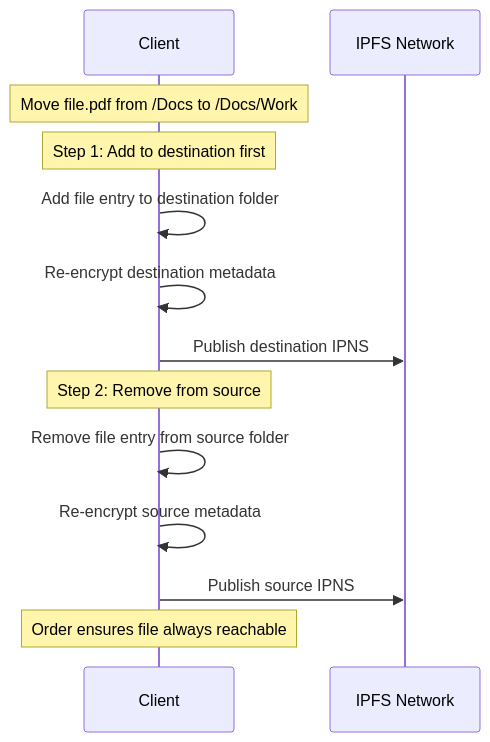
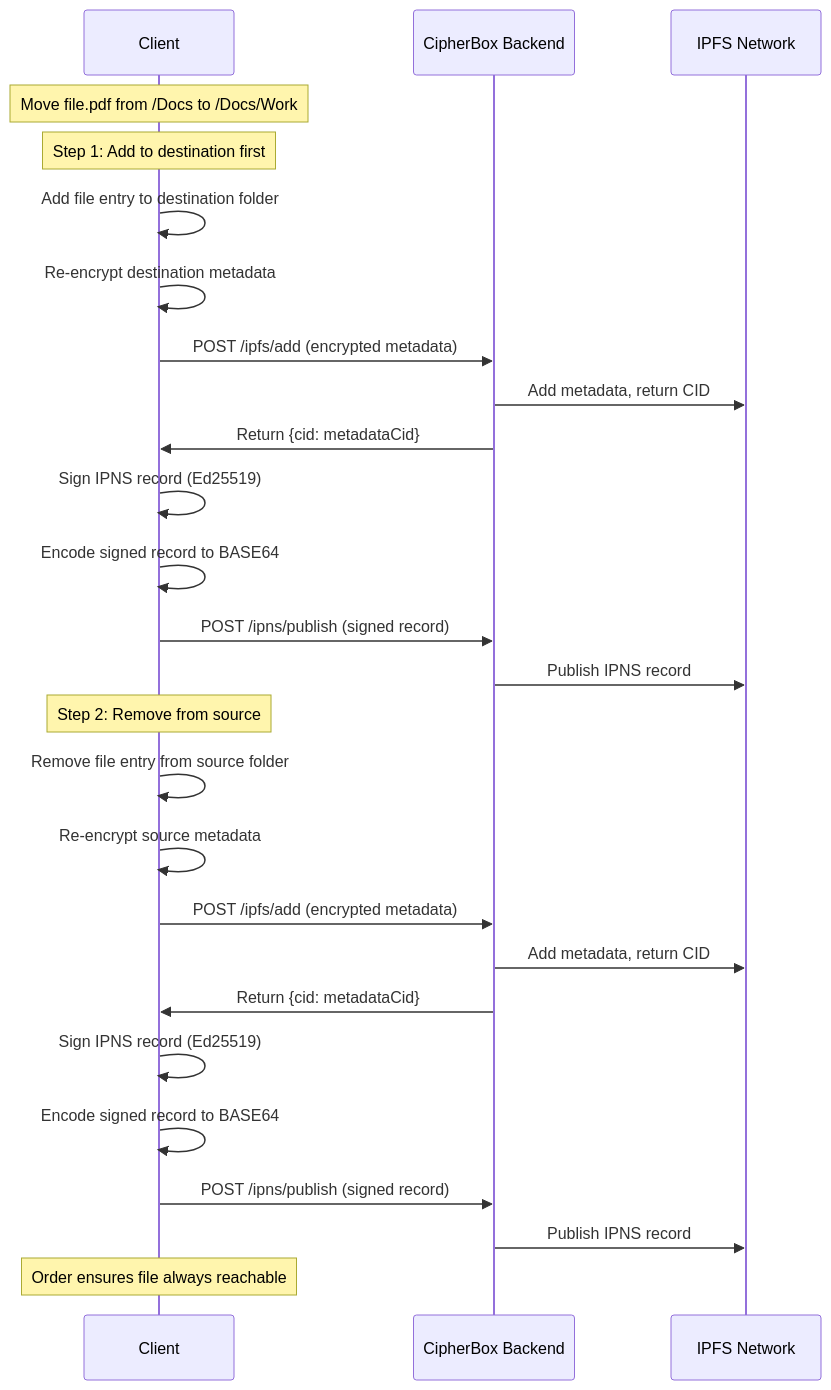
Before and after one commit to FSM1/cipher-box: diagram 11 of 14 in Documentation/DATA_FLOWS.md, drawn with Mermaid. The commit also changed other lines of this file and 8 other files, not shown here.

First line of the commit message:
Add IPFS/IPNS relay endpoint details (#4)

````diff
--- a/Documentation/DATA_FLOWS.md
+++ b/Documentation/DATA_FLOWS.md
@@ -408,19 +438,32 @@
 ```mermaid
 sequenceDiagram
     participant C as Client
+    participant B as CipherBox Backend
     participant IPFS as IPFS Network
     
     Note over C: Move file.pdf from /Docs to /Docs/Work
     
     Note over C: Step 1: Add to destination first
     C->>C: Add file entry to destination folder
     C->>C: Re-encrypt destination metadata
-    C->>IPFS: Publish destination IPNS
+    C->>B: POST /ipfs/add (encrypted metadata)
+    B->>IPFS: Add metadata, return CID
+    B->>C: Return {cid: metadataCid}
+    C->>C: Sign IPNS record (Ed25519)
+    C->>C: Encode signed record to BASE64
+    C->>B: POST /ipns/publish (signed record)
+    B->>IPFS: Publish IPNS record
     
     Note over C: Step 2: Remove from source
     C->>C: Remove file entry from source folder
     C->>C: Re-encrypt source metadata
-    C->>IPFS: Publish source IPNS
+    C->>B: POST /ipfs/add (encrypted metadata)
+    B->>IPFS: Add metadata, return CID
+    B->>C: Return {cid: metadataCid}
+    C->>C: Sign IPNS record (Ed25519)
+    C->>C: Encode signed record to BASE64
+    C->>B: POST /ipns/publish (signed record)
+    B->>IPFS: Publish IPNS record
     
     Note over C: Order ensures file always reachable
 ```
````
